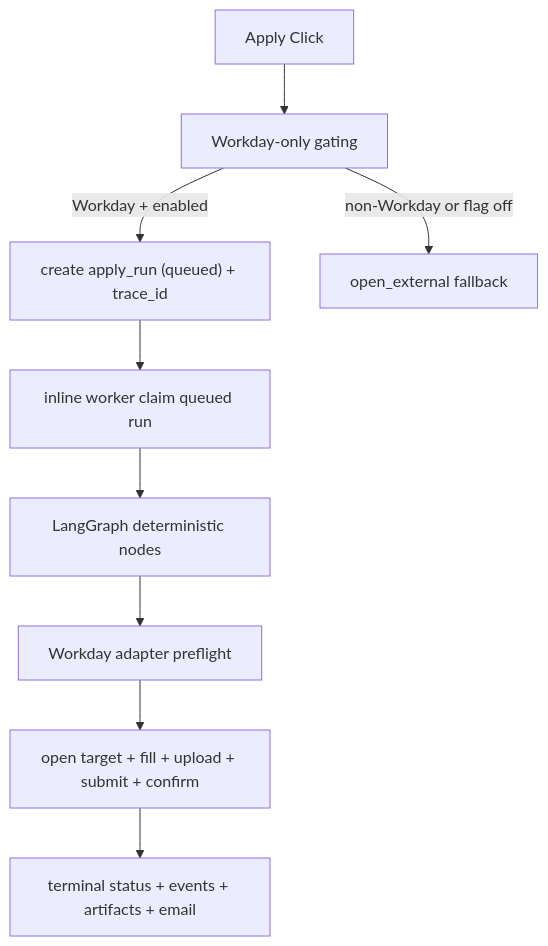
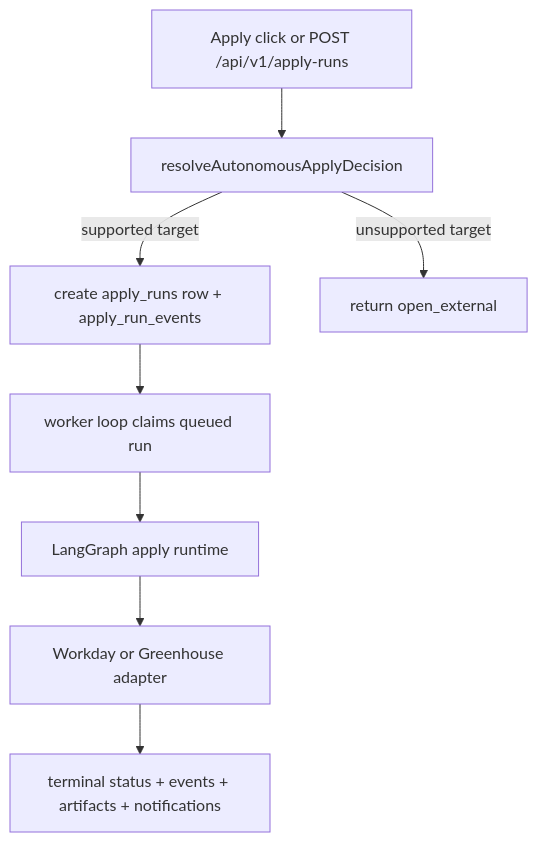
One commit to StefanoCaruso456/Career-AI changed the diagram in docs/architecture/autonomous-apply-system.md. Above: the diagram before and after it, drawn with Mermaid. The commit also changed other lines of this file and 49 other files, not shown here.

````diff
--- a/docs/architecture/autonomous-apply-system.md
+++ b/docs/architecture/autonomous-apply-system.md
@@ -32,11 +25,10 @@
 ```mermaid
 flowchart TD
-    A["Apply Click"] --> B["Workday-only gating"]
-    B -->|Workday + enabled| C["create apply_run (queued) + trace_id"]
-    B -->|non-Workday or flag off| X["open_external fallback"]
-    C --> D["inline worker claim queued run"]
-    D --> E["LangGraph deterministic nodes"]
-    E --> F["Workday adapter preflight"]
-    F --> G["open target + fill + upload + submit + confirm"]
-    G --> H["terminal status + events + artifacts + email"]
+  Click["Apply click or POST /api/v1/apply-runs"] --> Decide["resolveAutonomousApplyDecision"]
+  Decide -->|supported target| Queue["create apply_runs row + apply_run_events"]
+  Decide -->|unsupported target| External["return open_external"]
+  Queue --> Worker["worker loop claims queued run"]
+  Worker --> Graph["LangGraph apply runtime"]
+  Graph --> Adapter["Workday or Greenhouse adapter"]
+  Adapter --> Final["terminal status + events + artifacts + notifications"]
 ```
````
